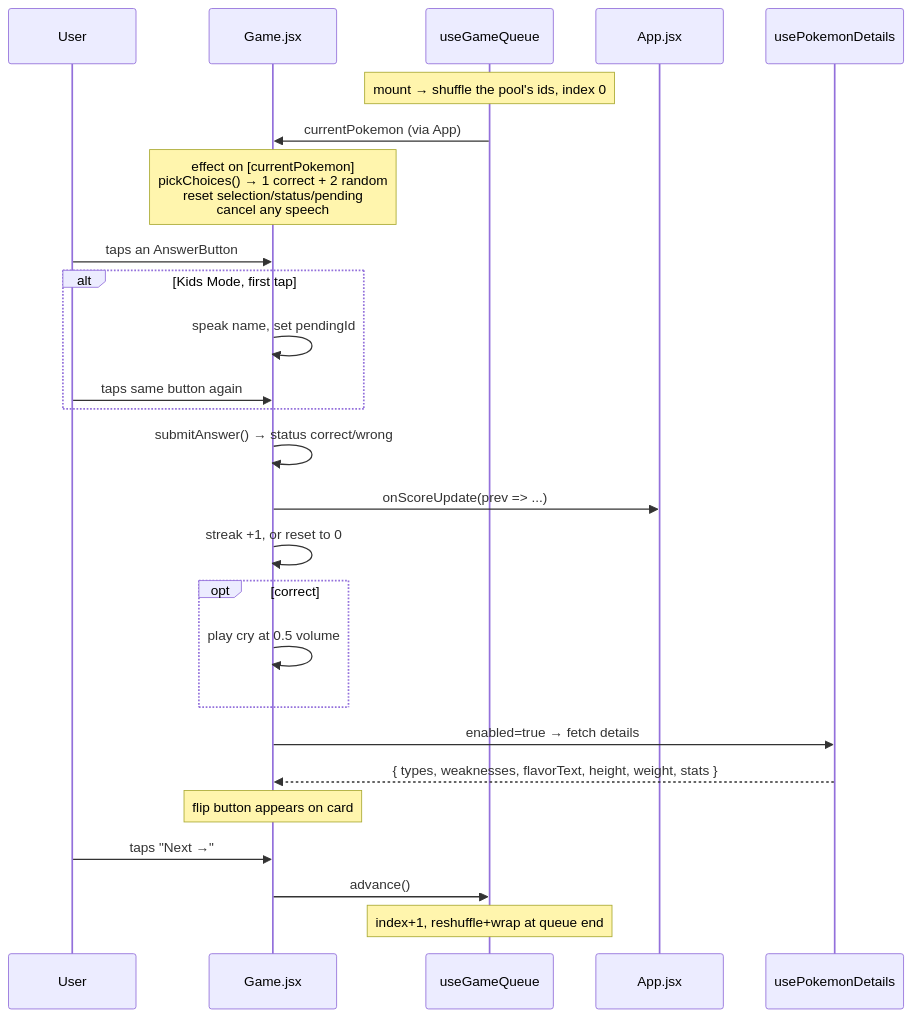
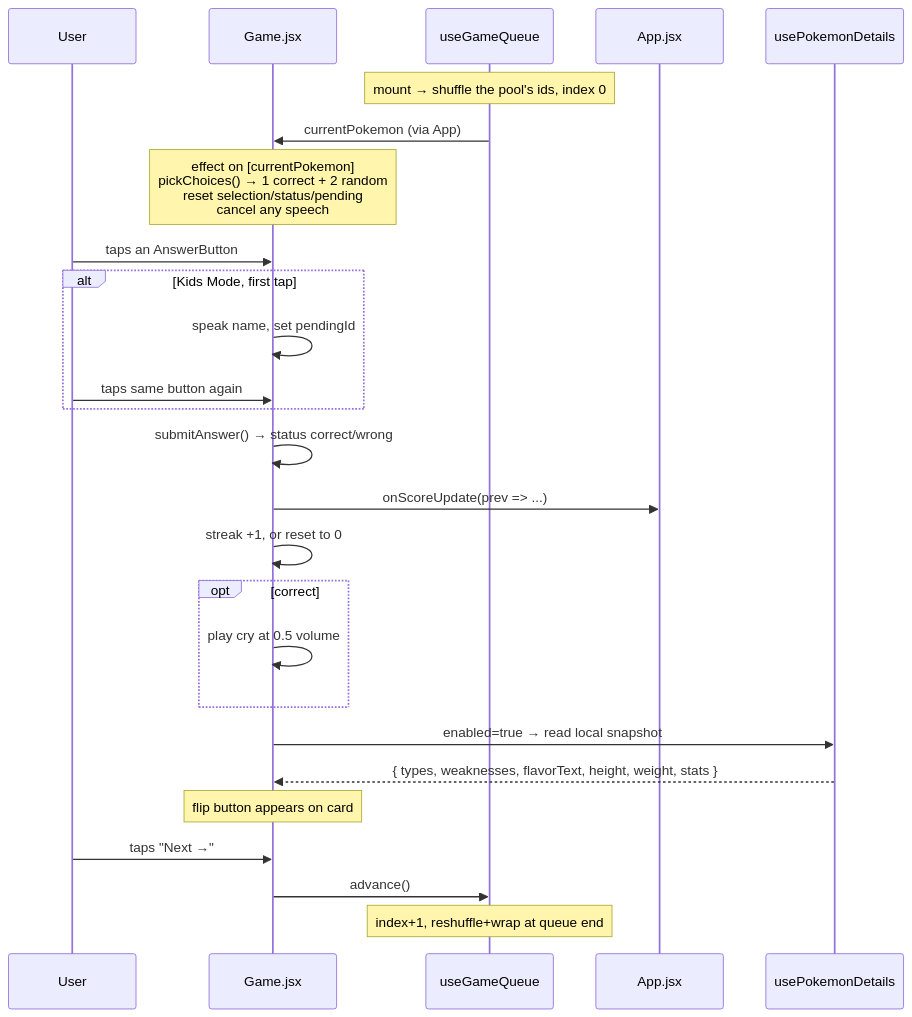
One commit to shaneo711/pokemon-picker changed the second of 2 diagrams in docs/ARCHITECTURE.md. Above: the diagram before and after it, drawn with Mermaid. The commit also changed other lines of this file, not shown here.

Commit message:
Document local Pokemon data workflow

````diff
--- a/docs/ARCHITECTURE.md
+++ b/docs/ARCHITECTURE.md
@@ -346,30 +340,30 @@
 ```mermaid
 sequenceDiagram
     participant U as User
     participant G as Game.jsx
     participant Q as useGameQueue
     participant A as App.jsx
     participant P as usePokemonDetails
 
     Note over Q: mount → shuffle the pool's ids, index 0
     Q->>G: currentPokemon (via App)
     Note over G: effect on [currentPokemon]<br/>pickChoices() → 1 correct + 2 random<br/>reset selection/status/pending<br/>cancel any speech
 
     U->>G: taps an AnswerButton
     alt Kids Mode, first tap
         G->>G: speak name, set pendingId
         U->>G: taps same button again
     end
     G->>G: submitAnswer() → status correct/wrong
     G->>A: onScoreUpdate(prev => ...)
     G->>G: streak +1, or reset to 0
     opt correct
         G->>G: play cry at 0.5 volume
     end
-    G->>P: enabled=true → fetch details
+    G->>P: enabled=true → read local snapshot
     P-->>G: { types, weaknesses, flavorText, height, weight, stats }
     Note over G: flip button appears on card
     U->>G: taps "Next →"
     G->>Q: advance()
     Note over Q: index+1, reshuffle+wrap at queue end
 ```
````
